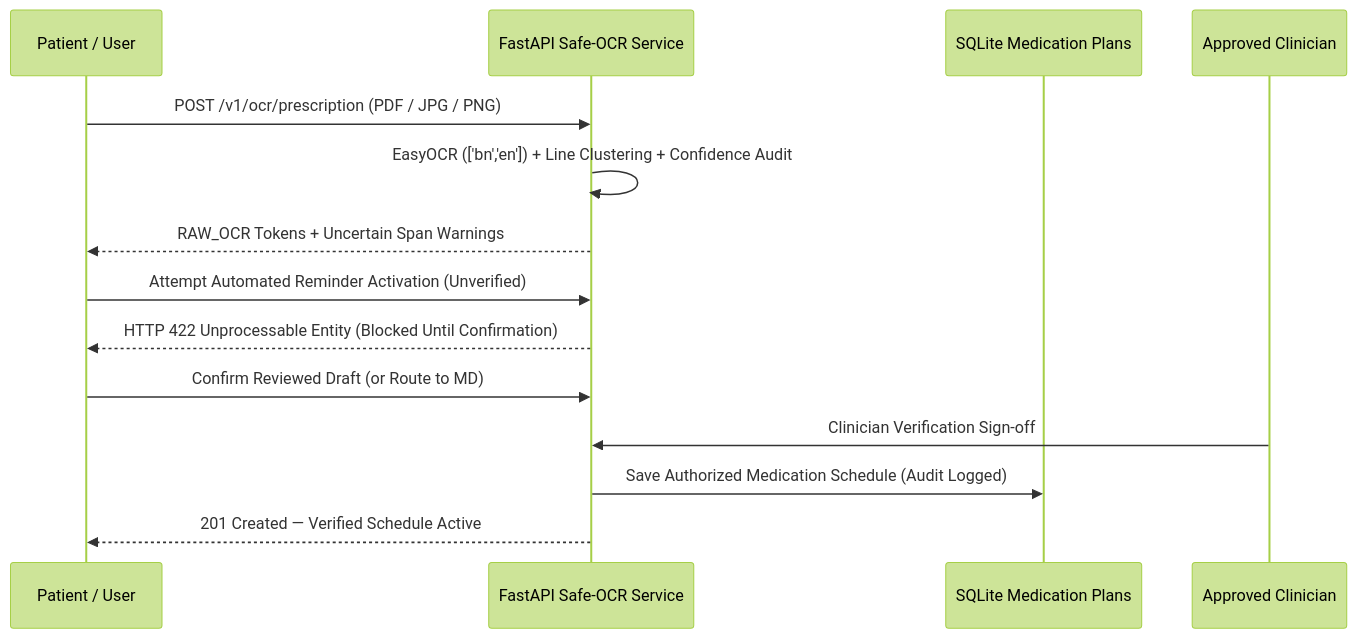
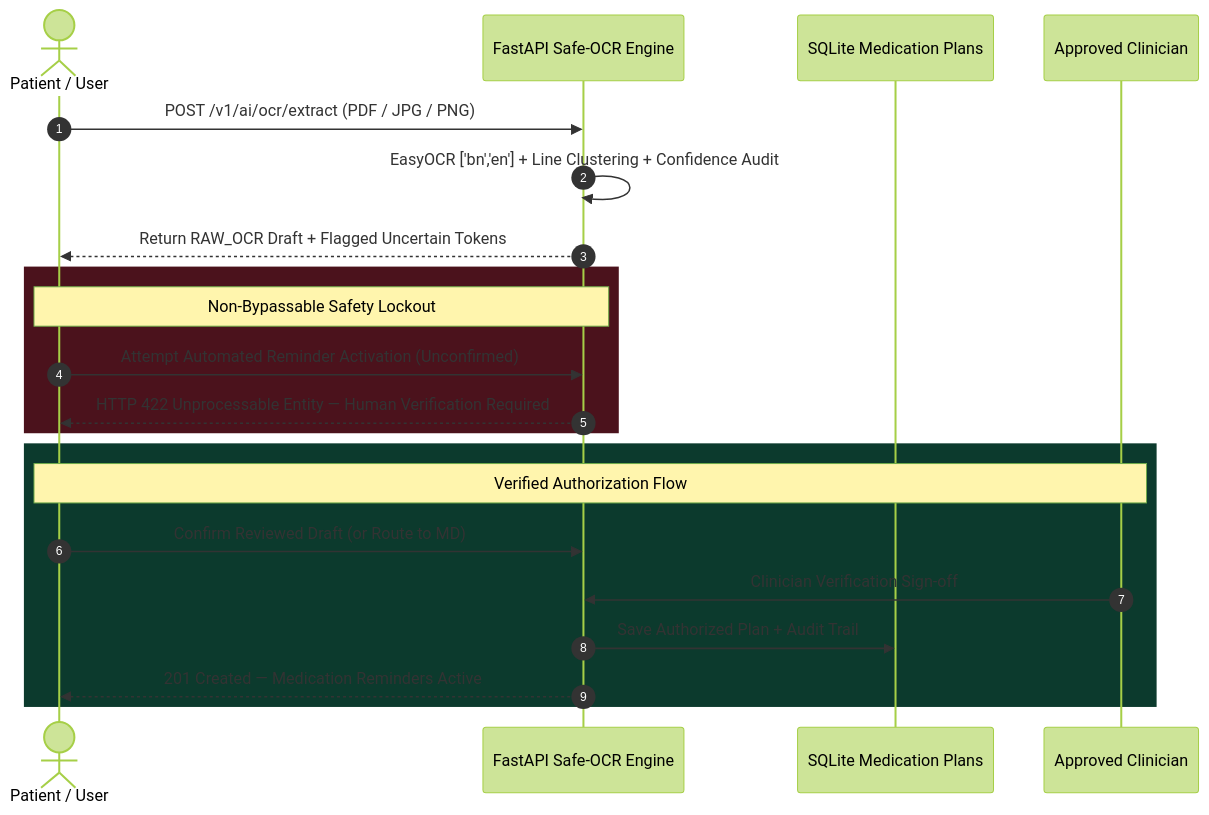
Before and after one commit to ashik123-a1/ShasthoSetu-AI: the third of 5 diagrams in README.md, drawn with Mermaid (forest theme). The commit also changed other lines of this file and 599 other files, not shown here.

Commit message:
docs(showcase): custom SVG banner, 9 fresh verified UI screenshots, full-color Mermaid architecture, clean root/docs/research restructure & faculty-ready A-Z README

````diff
--- a/README.md
+++ b/README.md
@@ -171,17 +293,26 @@
 ```mermaid
 sequenceDiagram
-    participant U as Patient / User
-    participant API as FastAPI Safe-OCR Service
+    autonumber
+    actor P as Patient / User
+    participant API as FastAPI Safe-OCR Engine
     participant DB as SQLite Medication Plans
     participant MD as Approved Clinician
 
-    U->>API: POST /v1/ocr/prescription (PDF / JPG / PNG)
-    API->>API: EasyOCR (['bn','en']) + Line Clustering + Confidence Audit
-    API-->>U: RAW_OCR Tokens + Uncertain Span Warnings
-    U->>API: Attempt Automated Reminder Activation (Unverified)
-    API-->>U: HTTP 422 Unprocessable Entity (Blocked Until Confirmation)
-    U->>API: Confirm Reviewed Draft (or Route to MD)
-    MD->>API: Clinician Verification Sign-off
-    API->>DB: Save Authorized Medication Schedule (Audit Logged)
-    API-->>U: 201 Created — Verified Schedule Active
+    P->>API: POST /v1/ai/ocr/extract (PDF / JPG / PNG)
+    API->>API: EasyOCR ['bn','en'] + Line Clustering + Confidence Audit
+    API-->>P: Return RAW_OCR Draft + Flagged Uncertain Tokens
+
+    rect rgb(75, 18, 28)
+        Note over P,API: Non-Bypassable Safety Lockout
+        P->>API: Attempt Automated Reminder Activation (Unconfirmed)
+        API-->>P: HTTP 422 Unprocessable Entity — Human Verification Required
+    end
+
+    rect rgb(12, 58, 45)
+        Note over P,MD: Verified Authorization Flow
+        P->>API: Confirm Reviewed Draft (or Route to MD)
+        MD->>API: Clinician Verification Sign-off
+        API->>DB: Save Authorized Plan + Audit Trail
+        API-->>P: 201 Created — Medication Reminders Active
+    end
 ```
````
